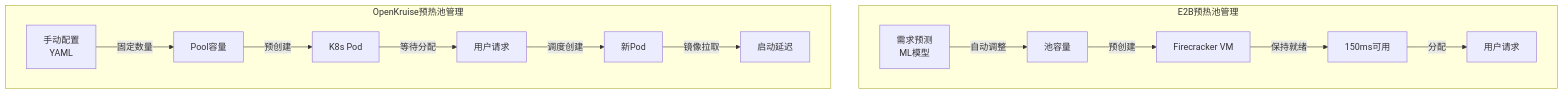
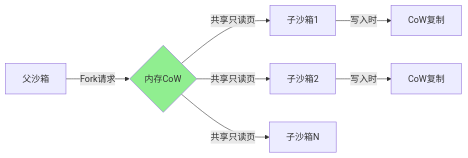
Before and after one commit to QJWang23/sandbox: the third of 20 diagrams in docs/superpowers/specs/2026-03-22-agent-sandbox-technical-roadmap.md, drawn with Mermaid. The commit also changed other lines of this file, not shown here.

First line of the commit message:
Update technical roadmap with production scenarios focus

````diff
--- a/docs/superpowers/specs/2026-03-22-agent-sandbox-technical-roadmap.md
+++ b/docs/superpowers/specs/2026-03-22-agent-sandbox-technical-roadmap.md
@@ -158,17 +109,12 @@
 ```mermaid
-graph TB
-    subgraph "E2B预热池管理"
-        A[需求预测<br/>ML模型] -->|自动调整| B[池容量]
-        B -->|预创建| C[Firecracker VM]
-        C -->|保持就绪| D[150ms可用]
-        D -->|分配| E[用户请求]
-    end
+graph LR
+    A[父沙箱] -->|Fork请求| B{内存CoW}
+    B -->|共享只读页| C[子沙箱1]
+    B -->|共享只读页| D[子沙箱2]
+    B -->|共享只读页| E[子沙箱N]
 
-    subgraph "OpenKruise预热池管理"
-        F[手动配置<br/>YAML] -->|固定数量| G[Pool容量]
-        G -->|预创建| H[K8s Pod]
-        H -->|等待分配| I[用户请求]
-        I -->|调度创建| J[新Pod]
-        J -->|镜像拉取| K[启动延迟]
-    end
+    C -->|写入时| F[CoW复制]
+    D -->|写入时| G[CoW复制]
+
+    style B fill:#90EE90
 ```
````
